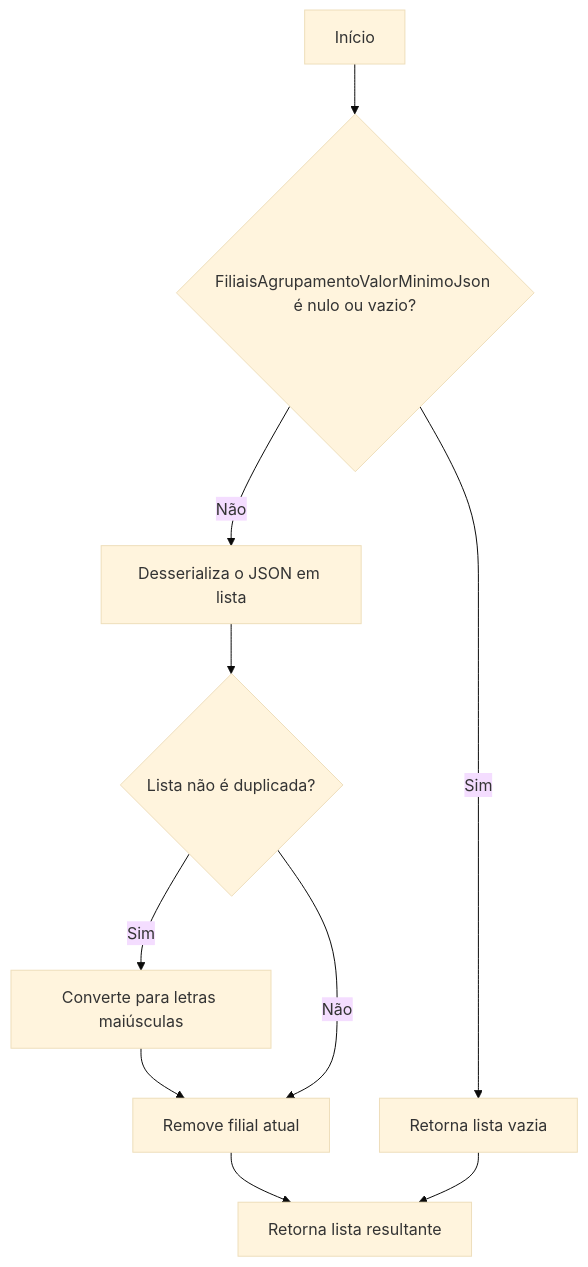
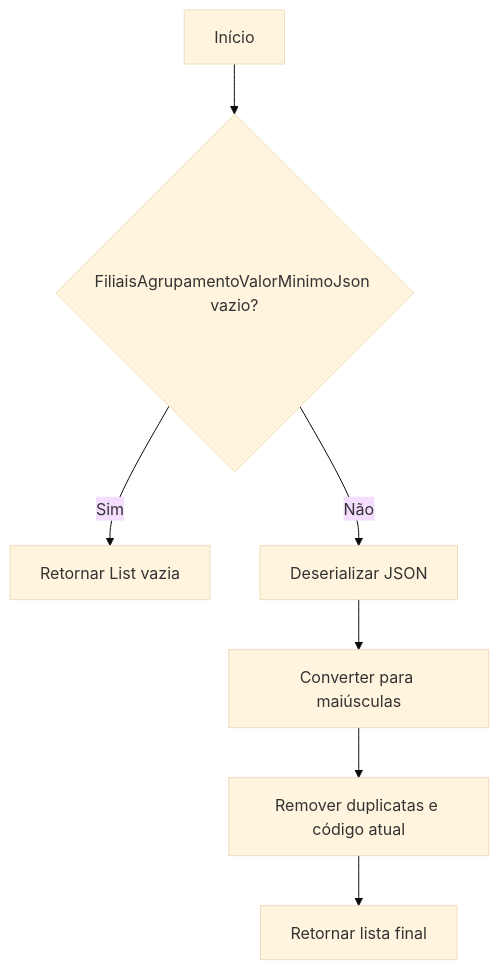
Before and after one commit to IsthmusSistemas/documentacao-tecnica: the first of 2 diagrams in docs/b2b-dominio/IsthmusWinthor.Nucleo/IsthmusWinthor.Dominio/Entidades/Filial.md, drawn with Mermaid (base theme). The commit also changed other lines of this file and 882 other files, not shown here.

````diff
--- a/docs/b2b-dominio/IsthmusWinthor.Nucleo/IsthmusWinthor.Dominio/Entidades/Filial.md
+++ b/docs/b2b-dominio/IsthmusWinthor.Nucleo/IsthmusWinthor.Dominio/Entidades/Filial.md
@@ -24,14 +21,9 @@
 ```mermaid
 flowchart TD
-    A[Início]
-    B{FiliaisAgrupamentoValorMinimoJson é nulo ou vazio?}
-    A --> B
-    B -- Sim --> C[Retorna lista vazia]
-    B -- Não --> D[Desserializa o JSON em lista]
-    D --> E{Lista não é duplicada?}
-    E -- Sim --> F[Converte para letras maiúsculas]
-    F --> G[Remove filial atual]
-    G --> H[Retorna lista resultante]
-    E -- Não --> G
-    C --> H
+    A[Início] --> B{FiliaisAgrupamentoValorMinimoJson vazio?}
+    B -->|Sim| C[Retornar List<string> vazia]
+    B -->|Não| D[Deserializar JSON]
+    D --> E[Converter para maiúsculas]
+    E --> F[Remover duplicatas e código atual]
+    F --> G[Retornar lista final]
 ```
````
